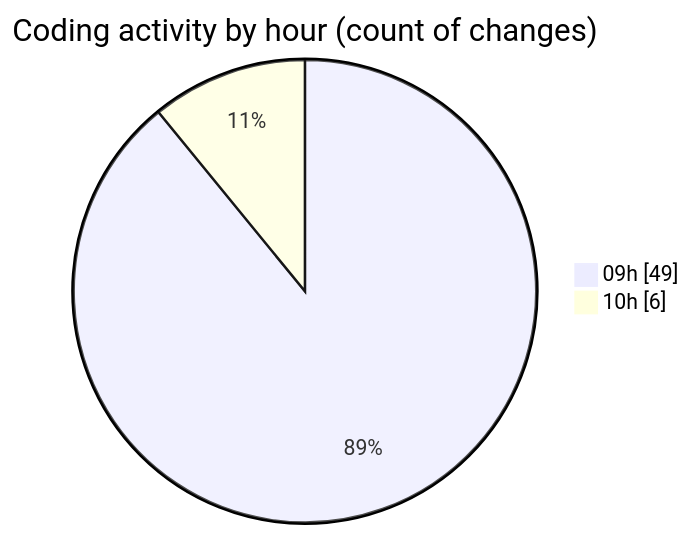
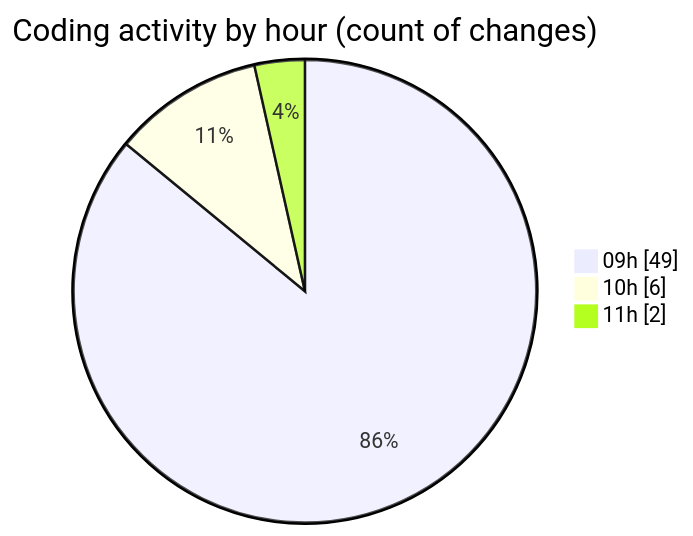
The second of 2 diagrams in 2026-06-17/cda/README.md (momahboobian/code-tracking), drawn with Mermaid before and after one commit. The commit also changed other lines of this file and 1 other file, not shown here.

````diff
--- a/2026-06-17/cda/README.md
+++ b/2026-06-17/cda/README.md
@@ -39,6 +42,7 @@
 ```mermaid
 pie showData
 title Coding activity by hour (count of changes)
 "09h" : 49
 "10h" : 6
+"11h" : 2
 ```
````
